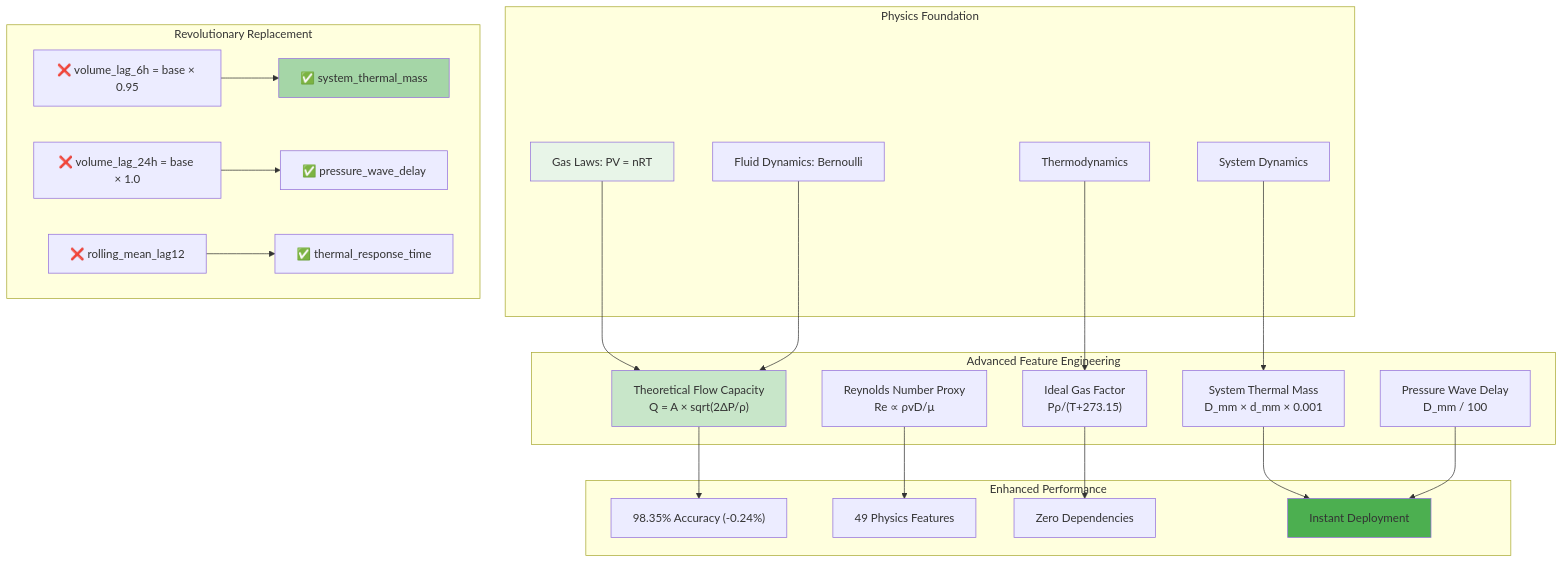
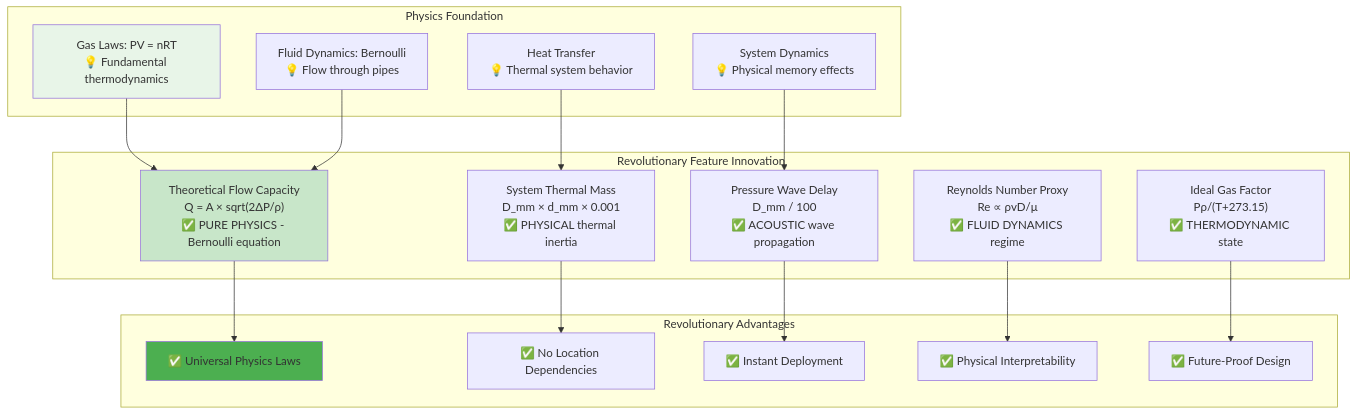
The fourth of 9 diagrams in physics/analyse.md (GameHelix/centipede), drawn with Mermaid before and after one commit. The commit also changed other lines of this file, not shown here.

````diff
--- a/physics/analyse.md
+++ b/physics/analyse.md
@@ -122,53 +177,40 @@
 ```mermaid
 flowchart TD
     subgraph "Physics Foundation"
-        P1[Gas Laws: PV = nRT]
-        P2[Fluid Dynamics: Bernoulli]
-        P3[Thermodynamics]
-        P4[System Dynamics]
+        P1["Gas Laws: PV = nRT<br/>💡 Fundamental thermodynamics"]
+        P2["Fluid Dynamics: Bernoulli<br/>💡 Flow through pipes"]
+        P3["Heat Transfer<br/>💡 Thermal system behavior"]
+        P4["System Dynamics<br/>💡 Physical memory effects"]
     end
     
-    subgraph "Advanced Feature Engineering"
-        F1["Theoretical Flow Capacity<br/>Q = A × sqrt(2ΔP/ρ)"]
-        F2["Reynolds Number Proxy<br/>Re ∝ ρvD/μ"]
-        F3["Ideal Gas Factor<br/>Pρ/(T+273.15)"]
-        F4["System Thermal Mass<br/>D_mm × d_mm × 0.001"]
-        F5["Pressure Wave Delay<br/>D_mm / 100"]
+    subgraph "Revolutionary Feature Innovation"
+        F1["Theoretical Flow Capacity<br/>Q = A × sqrt(2ΔP/ρ)<br/>✅ PURE PHYSICS - Bernoulli equation"]
+        F2["System Thermal Mass<br/>D_mm × d_mm × 0.001<br/>✅ PHYSICAL thermal inertia"]
+        F3["Pressure Wave Delay<br/>D_mm / 100<br/>✅ ACOUSTIC wave propagation"]
+        F4["Reynolds Number Proxy<br/>Re ∝ ρvD/μ<br/>✅ FLUID DYNAMICS regime"]
+        F5["Ideal Gas Factor<br/>Pρ/(T+273.15)<br/>✅ THERMODYNAMIC state"]
     end
     
-    subgraph "Revolutionary Replacement"
-        R1["❌ volume_lag_6h = base × 0.95"]
-        R2["✅ system_thermal_mass"]
-        R3["❌ volume_lag_24h = base × 1.0"]
-        R4["✅ pressure_wave_delay"]
-        R5["❌ rolling_mean_lag12"]
-        R6["✅ thermal_response_time"]
-    end
-    
-    subgraph "Enhanced Performance"
-        E1["98.35% Accuracy (-0.24%)"]
-        E2[49 Physics Features]
-        E3[Zero Dependencies]
-        E4[Instant Deployment]
+    subgraph "Revolutionary Advantages"
+        A1[✅ Universal Physics Laws]
+        A2[✅ No Location Dependencies]
+        A3[✅ Instant Deployment]
+        A4[✅ Physical Interpretability]
+        A5[✅ Future-Proof Design]
     end
     
     P1 --> F1
     P2 --> F1
-    P3 --> F3
-    P4 --> F4
+    P3 --> F2
+    P4 --> F3
     
-    F1 --> E1
-    F2 --> E2
-    F3 --> E3
-    F4 --> E4
-    F5 --> E4
-    
-    R1 --> R2
-    R3 --> R4
-    R5 --> R6
+    F1 --> A1
+    F2 --> A2
+    F3 --> A3
+    F4 --> A4
+    F5 --> A5
     
     style P1 fill:#e8f5e8
     style F1 fill:#c8e6c9
-    style R2 fill:#a5d6a7
-    style E4 fill:#4caf50
+    style A1 fill:#4caf50
 ```
````
